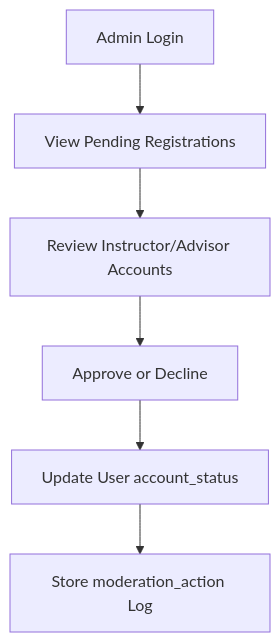
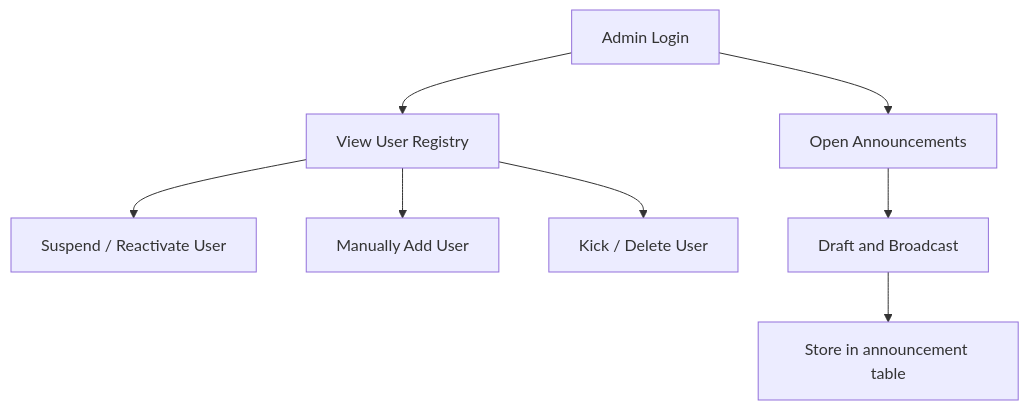
The sixth of 15 diagrams in part-i/Use-Cases.md (wingkit123/QuestLearn), drawn with Mermaid before and after one commit. The commit also changed other lines of this file, not shown here.

Commit message:
docs: align Admin UC-09 use case with User Registry and Announcement broadcast implementation

````diff
--- a/part-i/Use-Cases.md
+++ b/part-i/Use-Cases.md
@@ -412,8 +412,10 @@
 ```mermaid
 flowchart TD
-    A[Admin Login] --> B[View Pending Registrations]
-    B --> C[Review Instructor/Advisor Accounts]
-    C --> D[Approve or Decline]
-    D --> E[Update User account_status]
-    E --> F[Store moderation_action Log]
+    A[Admin Login] --> B[View User Registry]
+    B --> C[Suspend / Reactivate User]
+    B --> D[Manually Add User]
+    B --> E[Kick / Delete User]
+    A --> F[Open Announcements]
+    F --> G[Draft and Broadcast]
+    G --> H[Store in announcement table]
 ```
````
